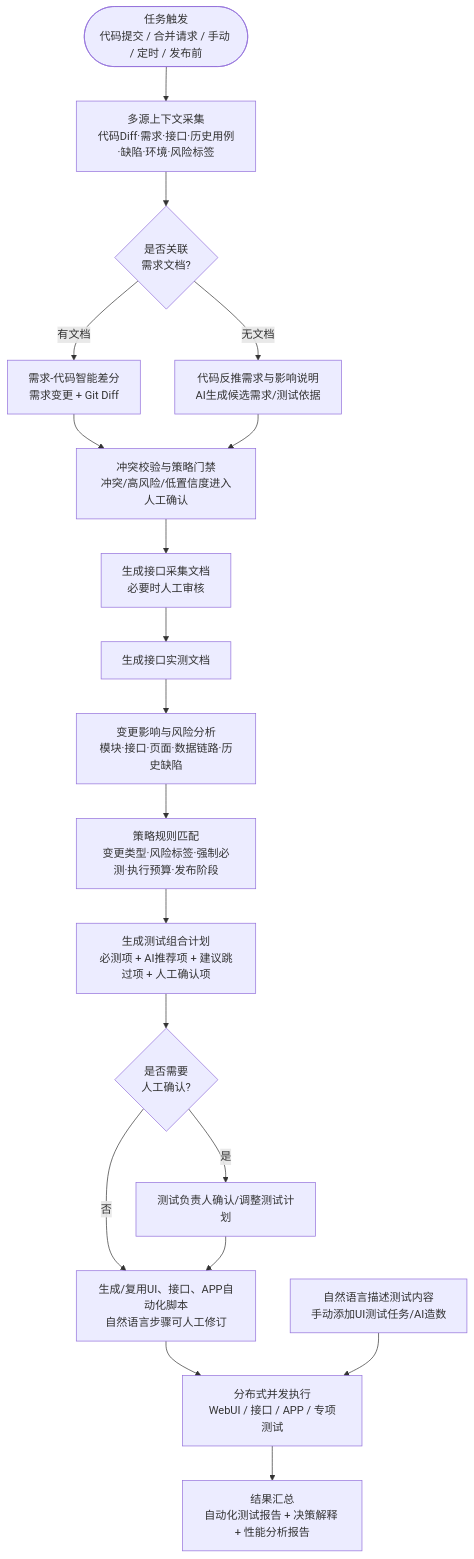
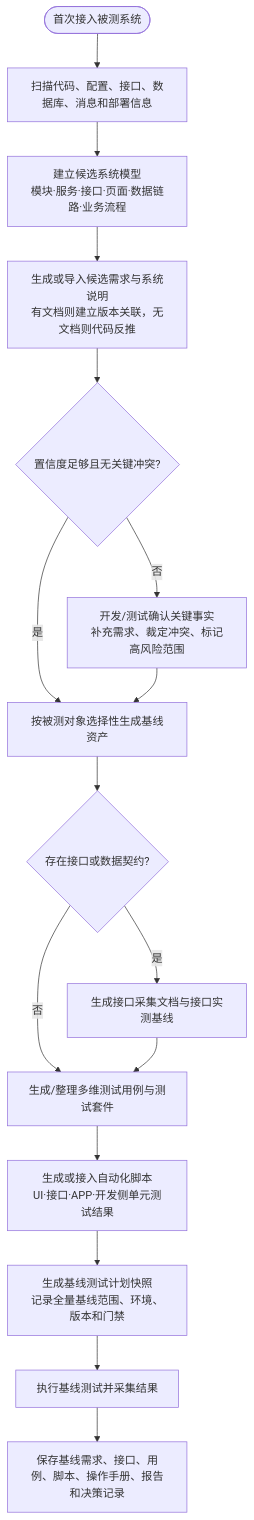
The fourth of 9 diagrams in AI驱动自动化测试平台自研落地实施方案.md (xiangsong97/xueran), drawn with Mermaid before and after one commit. The commit also changed other lines of this file, not shown here.

Commit message:
docs: clarify AI test orchestration and chapter 5 flows

````diff
--- a/AI驱动自动化测试平台自研落地实施方案.md
+++ b/AI驱动自动化测试平台自研落地实施方案.md
@@ -574,21 +634,18 @@
 ```mermaid
 flowchart TD
-    START(["任务触发<br/>代码提交 / 合并请求 / 手动 / 定时 / 发布前"]) --> CTX["多源上下文采集<br/>代码Diff·需求·接口·历史用例·缺陷·环境·风险标签"]
-    CTX --> JUDGE{"是否关联<br/>需求文档?"}
-    JUDGE -- "有文档" --> DIFF["需求-代码智能差分<br/>需求变更 + Git Diff"]
-    JUDGE -- "无文档" --> REVERSE["代码反推需求与影响说明<br/>AI生成候选需求/测试依据"]
-    DIFF --> CONFLICT
-    REVERSE --> CONFLICT["冲突校验与策略门禁<br/>冲突/高风险/低置信度进入人工确认"]
-    CONFLICT --> COL["生成接口采集文档<br/>必要时人工审核"]
-    COL --> DOC["生成接口实测文档"]
-    DOC --> IMPACT["变更影响与风险分析<br/>模块·接口·页面·数据链路·历史缺陷"]
-    IMPACT --> RULE["策略规则匹配<br/>变更类型·风险标签·强制必测·执行预算·发布阶段"]
-    RULE --> PLAN["生成测试组合计划<br/>必测项 + AI推荐项 + 建议跳过项 + 人工确认项"]
-    PLAN --> GATE{"是否需要<br/>人工确认?"}
-    GATE -- "否" --> SCRIPT["生成/复用UI、接口、APP自动化脚本<br/>自然语言步骤可人工修订"]
-    GATE -- "是" --> APPROVE["测试负责人确认/调整测试计划"]
-    APPROVE --> SCRIPT
-    SCRIPT --> EXEC["分布式并发执行<br/>WebUI / 接口 / APP / 专项测试"]
-    COLLECT["自然语言描述测试内容<br/>手动添加UI测试任务/AI造数"] --> EXEC
-    EXEC --> REPORT["结果汇总<br/>自动化测试报告 + 决策解释 + 性能分析报告"]
+    START(["首次接入被测系统"]) --> SCAN["扫描代码、配置、接口、数据库、消息和部署信息"]
+    SCAN --> MODEL["建立候选系统模型<br/>模块·服务·接口·页面·数据链路·业务流程"]
+    MODEL --> REQ["生成或导入候选需求与系统说明<br/>有文档则建立版本关联，无文档则代码反推"]
+    REQ --> CHECK{"置信度足够且无关键冲突?"}
+    CHECK -- "是" --> ASSET
+    CHECK -- "否" --> HUMAN["开发/测试确认关键事实<br/>补充需求、裁定冲突、标记高风险范围"]
+    HUMAN --> ASSET["按被测对象选择性生成基线资产"]
+    ASSET --> API{"存在接口或数据契约?"}
+    API -- "是" --> API_DOC["生成接口采集文档与接口实测基线"]
+    API -- "否" --> CASES
+    API_DOC --> CASES["生成/整理多维测试用例与测试套件"]
+    CASES --> SCRIPT["生成或接入自动化脚本<br/>UI·接口·APP·开发侧单元测试结果"]
+    SCRIPT --> SNAPSHOT["生成基线测试计划快照<br/>记录全量基线范围、环境、版本和门禁"]
+    SNAPSHOT --> EXEC["执行基线测试并采集结果"]
+    EXEC --> STORE["保存基线需求、接口、用例、脚本、操作手册、报告和决策记录"]
 ```
````
